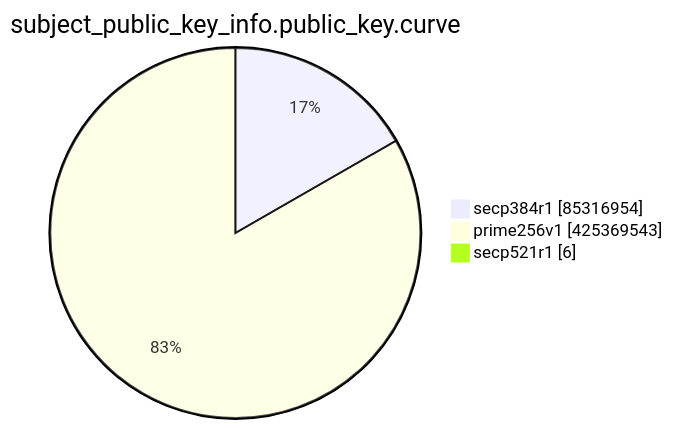
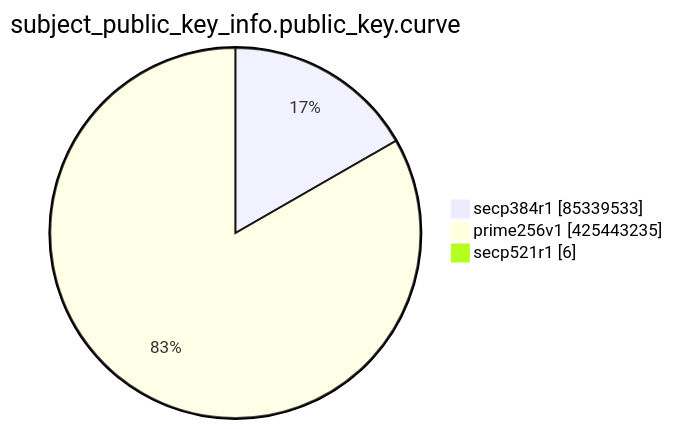
Before and after one commit to christiankrug/ctmonitor_visualization: the eighth of 15 diagrams in TOTAL/README.md, drawn with Mermaid. The commit also changed other lines of this file, not shown here.

````diff
--- a/TOTAL/README.md
+++ b/TOTAL/README.md
@@ -3100,7 +3100,7 @@
 ```mermaid
 pie showData
 title subject_public_key_info.public_key.curve
-"secp384r1" :85316954
-"prime256v1" :425369543
+"secp384r1" :85339533
+"prime256v1" :425443235
 "secp521r1" :6
 ```
````
